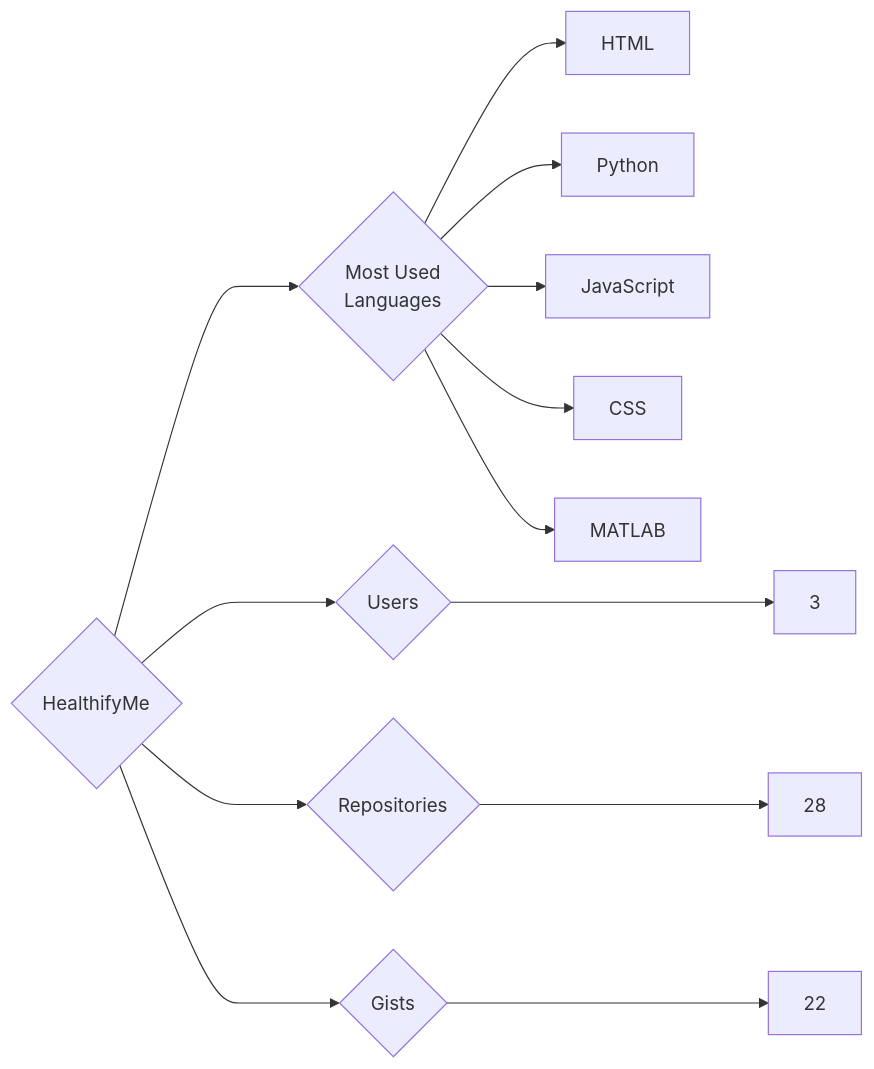
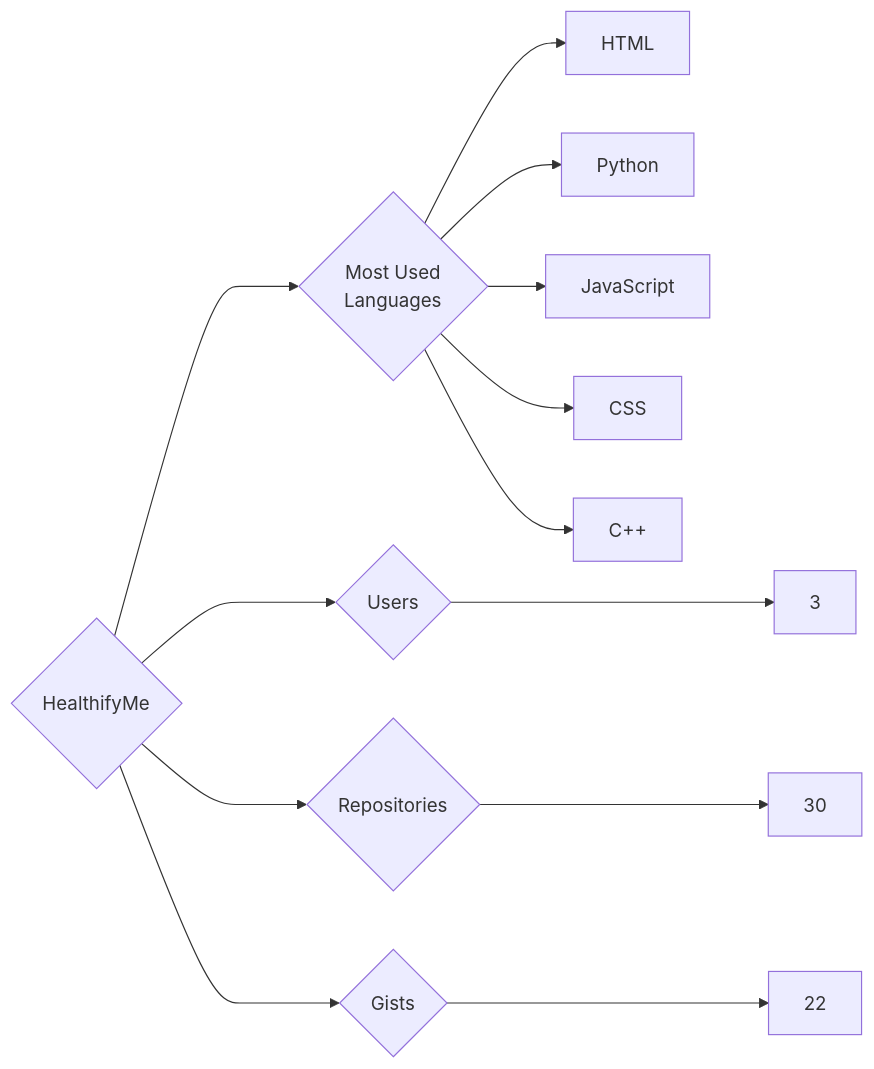
Before and after one commit to trickest/insiders: the diagram in targets/HealthifyMe/README.md, drawn with Mermaid. The commit also changed 1023 other files, not shown here.

````diff
--- a/targets/HealthifyMe/README.md
+++ b/targets/HealthifyMe/README.md
@@ -3,13 +3,13 @@
 ```mermaid
 graph LR
 COMPANY_NAME{HealthifyMe}
 COMPANY_NAME ---> U{Users} ---> UN[3]
-COMPANY_NAME ---> R{Repositories} ---> RN[28]
+COMPANY_NAME ---> R{Repositories} ---> RN[30]
 COMPANY_NAME ---> G{Gists} ---> GN[22]
 COMPANY_NAME ---> ML{Most Used<br>Languages}
 ML --> HTML[HTML]
 ML --> Python[Python]
 ML --> JavaScript[JavaScript]
 ML --> CSS[CSS]
-ML --> MATLAB[MATLAB]
+ML --> C++[C++]
 ```
````
